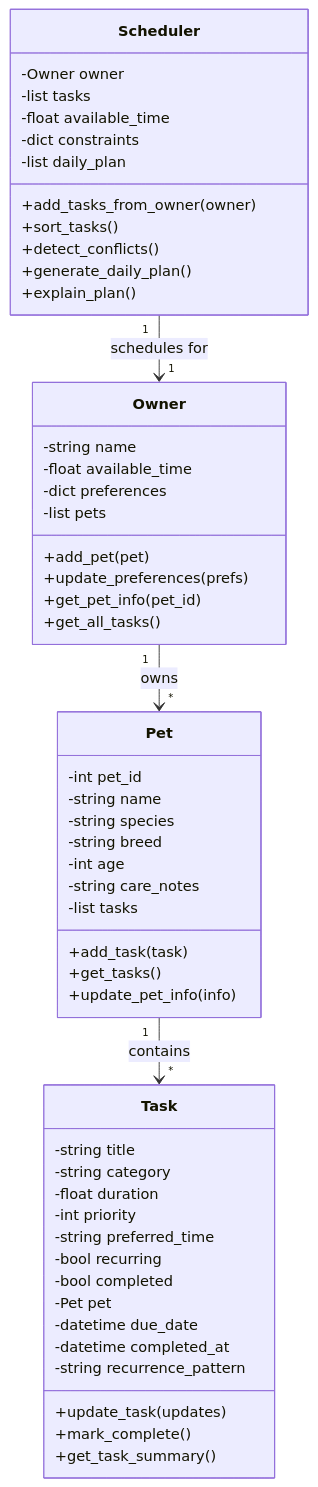
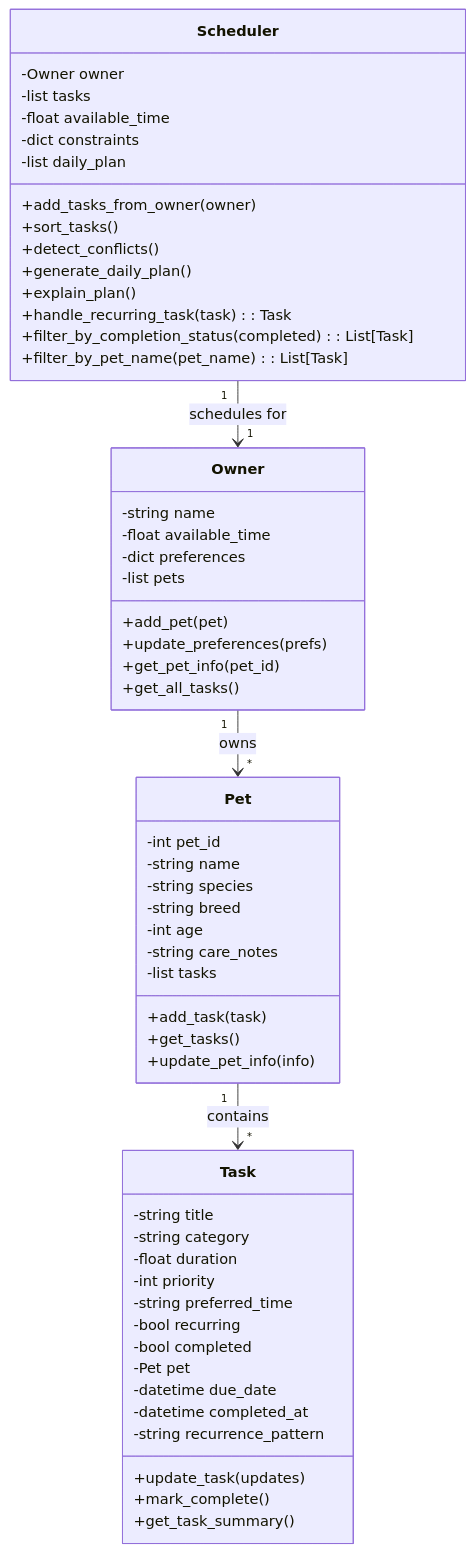
One commit to hsuanlee213/ai110-module2show-pawpal-starter changed the diagram in uml_diagram.md. Above: the diagram before and after it, drawn with Mermaid.

````diff
--- a/uml_diagram.md
+++ b/uml_diagram.md
@@ -3,60 +3,63 @@
 ```mermaid
 classDiagram
     class Owner {
         -string name
         -float available_time
         -dict preferences
         -list pets
         +add_pet(pet)
         +update_preferences(prefs)
         +get_pet_info(pet_id)
         +get_all_tasks()
     }
 
     class Pet {
         -int pet_id
         -string name
         -string species
         -string breed
         -int age
         -string care_notes
         -list tasks
         +add_task(task)
         +get_tasks()
         +update_pet_info(info)
     }
 
     class Task {
         -string title
         -string category
         -float duration
         -int priority
         -string preferred_time
         -bool recurring
         -bool completed
         -Pet pet
         -datetime due_date
         -datetime completed_at
         -string recurrence_pattern
         +update_task(updates)
         +mark_complete()
         +get_task_summary()
     }
 
     class Scheduler {
         -Owner owner
         -list tasks
         -float available_time
         -dict constraints
         -list daily_plan
         +add_tasks_from_owner(owner)
         +sort_tasks()
         +detect_conflicts()
         +generate_daily_plan()
         +explain_plan()
+        +handle_recurring_task(task): Task
+        +filter_by_completion_status(completed): List[Task]
+        +filter_by_pet_name(pet_name): List[Task]
     }
 
     Owner "1" --> "*" Pet : owns
     Pet "1" --> "*" Task : contains
     Scheduler "1" --> "1" Owner : schedules for
 ```
````
